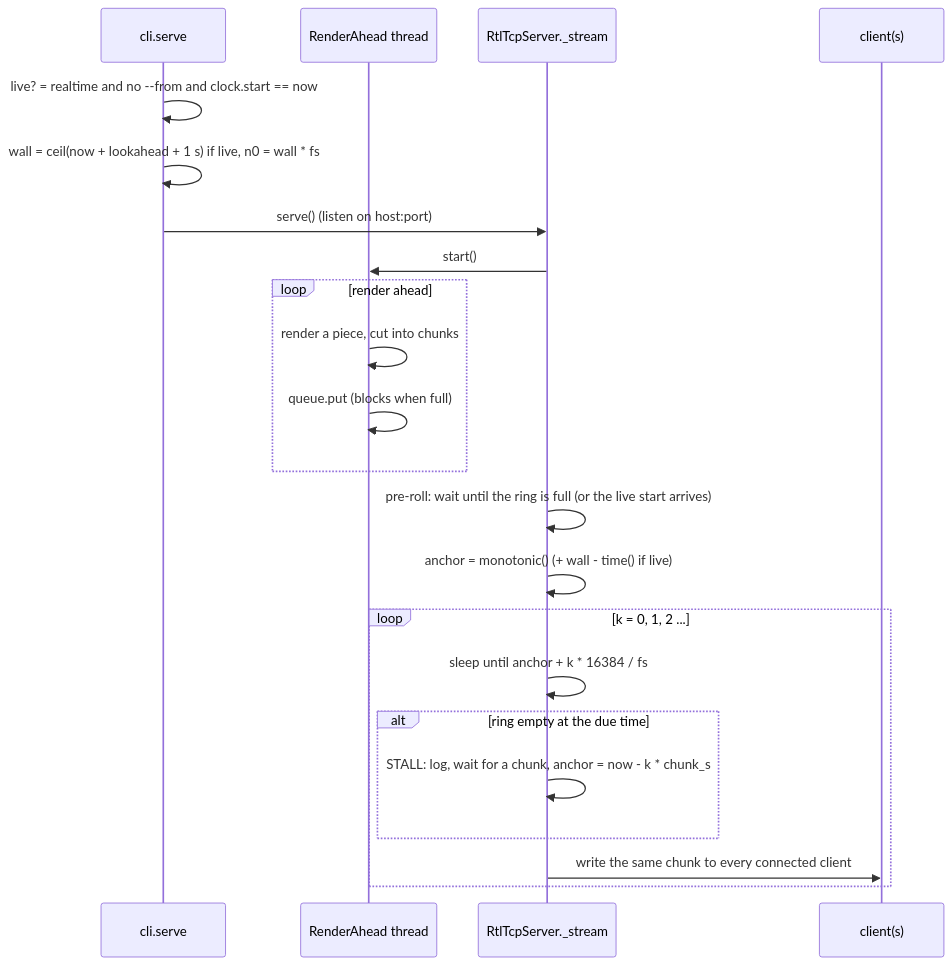
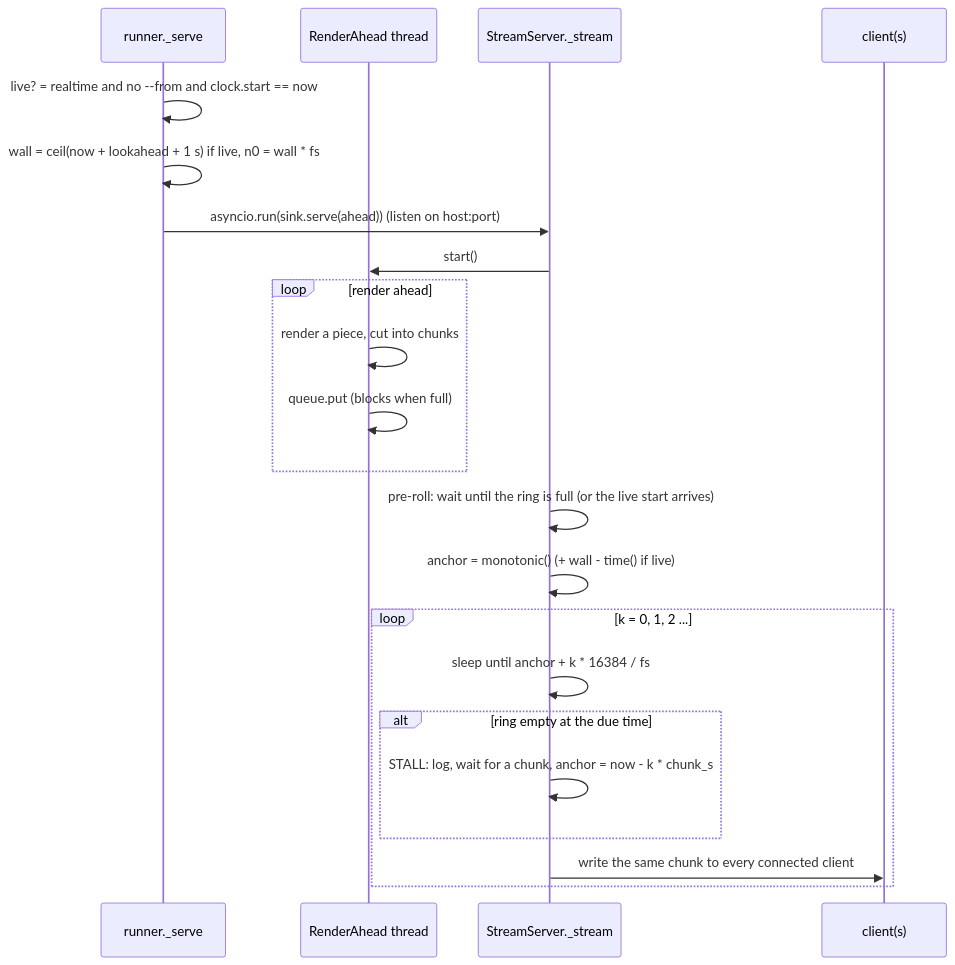
One commit to BUSH222/ASSIST changed diagram 19 of 23 in HOW-IT-WORKS.md. Above: the diagram before and after it, drawn with Mermaid. The commit also changed other lines of this file and 142 other files, not shown here.

````diff
--- a/HOW-IT-WORKS.md
+++ b/HOW-IT-WORKS.md
@@ -1806,25 +1909,25 @@
 ```mermaid
 sequenceDiagram
-    participant CLI as cli.serve
+    participant CLI as runner._serve
     participant RA as RenderAhead thread
-    participant SRV as RtlTcpServer._stream
+    participant SRV as StreamServer._stream
     participant CL as client(s)
 
     CLI->>CLI: live? = realtime and no --from and clock.start == now
     CLI->>CLI: wall = ceil(now + lookahead + 1 s) if live, n0 = wall * fs
-    CLI->>SRV: serve() (listen on host:port)
+    CLI->>SRV: asyncio.run(sink.serve(ahead)) (listen on host:port)
     SRV->>RA: start()
     loop render ahead
         RA->>RA: render a piece, cut into chunks
         RA->>RA: queue.put (blocks when full)
     end
     SRV->>SRV: pre-roll: wait until the ring is full (or the live start arrives)
     SRV->>SRV: anchor = monotonic() (+ wall - time() if live)
     loop k = 0, 1, 2 ...
         SRV->>SRV: sleep until anchor + k * 16384 / fs
         alt ring empty at the due time
             SRV->>SRV: STALL: log, wait for a chunk, anchor = now - k * chunk_s
         end
         SRV->>CL: write the same chunk to every connected client
     end
 ```
````
